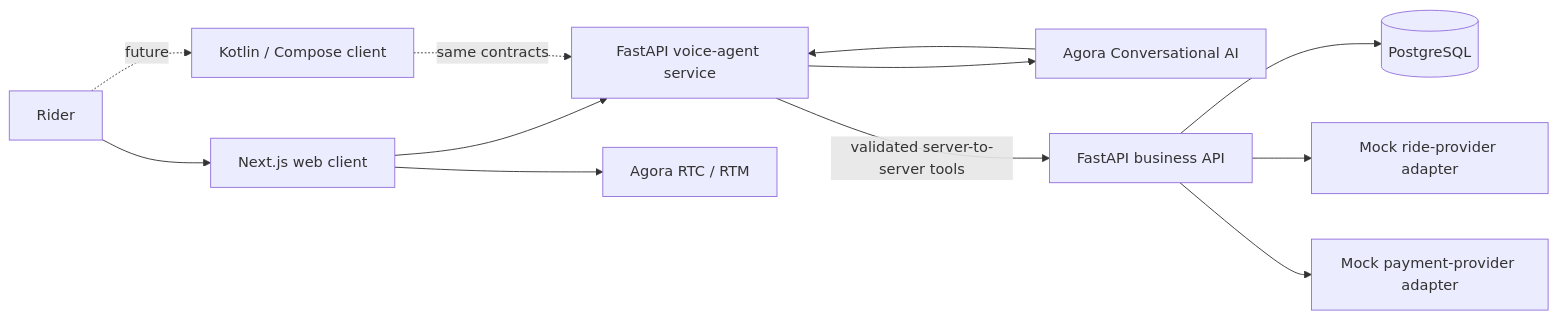
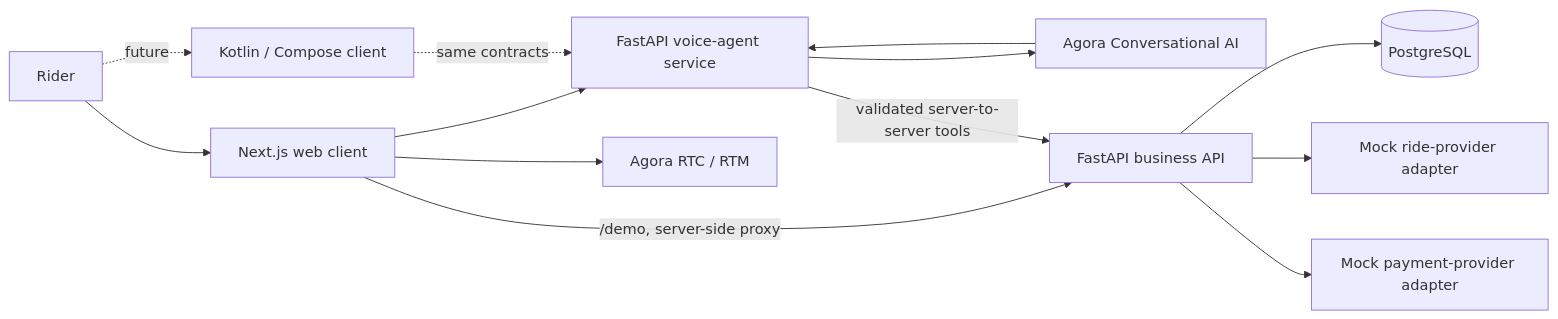
Before and after one commit to Mario-World/BoloRide: the second of 2 diagrams in ARCHITECTURE.md, drawn with Mermaid. The commit also changed other lines of this file and 13 other files, not shown here.

````diff
--- a/ARCHITECTURE.md
+++ b/ARCHITECTURE.md
@@ -68,14 +76,15 @@
 ```mermaid
 flowchart LR
   Rider["Rider"] --> Web["Next.js web client"]
   Rider -. future .-> Android["Kotlin / Compose client"]
   Web --> Voice["FastAPI voice-agent service"]
   Android -. same contracts .-> Voice
   Web --> AgoraRTC["Agora RTC / RTM"]
   Voice --> AgoraAI["Agora Conversational AI"]
   AgoraAI --> Voice
+  Web -->|/demo, server-side proxy| Business["FastAPI business API"]
   Voice -->|validated server-to-server tools| Business["FastAPI business API"]
   Business --> DB[("PostgreSQL")]
   Business --> Ride["Mock ride-provider adapter"]
   Business --> Payment["Mock payment-provider adapter"]
 ```
````
